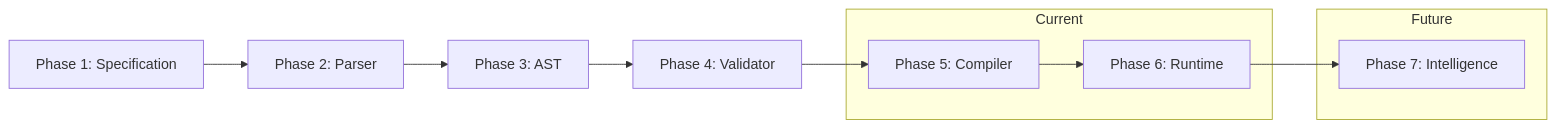
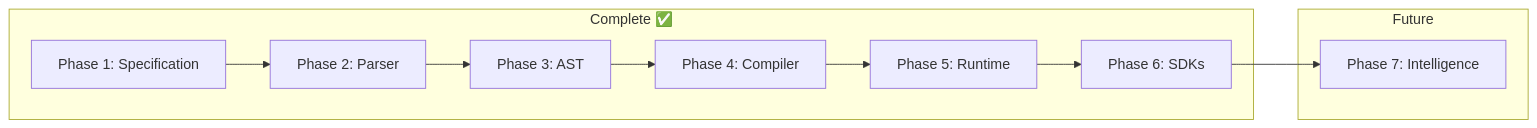
One commit to tcp-ecosystem/MAM changed the seventh of 7 diagrams in brain.md. Above: the diagram before and after it, drawn with Mermaid. The commit also changed other lines of this file and 232 other files, not shown here.

````diff
--- a/brain.md
+++ b/brain.md
@@ -216,18 +229,22 @@
 ```mermaid
 graph LR
     A[Phase 1: Specification] --> B[Phase 2: Parser]
     B --> C[Phase 3: AST]
-    C --> D[Phase 4: Validator]
-    D --> E[Phase 5: Compiler]
-    E --> F[Phase 6: Runtime]
+    C --> D[Phase 4: Compiler]
+    D --> E[Phase 5: Runtime]
+    E --> F[Phase 6: SDKs]
     F --> G[Phase 7: Intelligence]
     
-    subgraph "Current"
+    subgraph "Complete ✅"
+        A
+        B
+        C
+        D
         E
         F
     end
     
     subgraph "Future"
         G
     end
 ```
````
